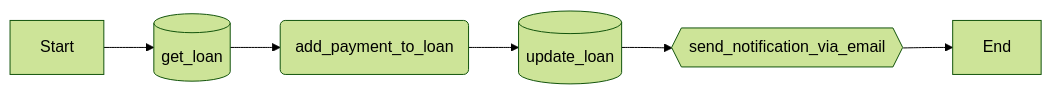
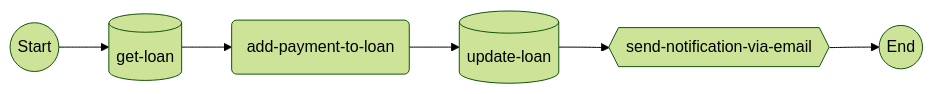
The fifth of 6 diagrams in docs/one-workflow-one-usecase.md (Tomperez98/use-case-registry), drawn with Mermaid (forest theme) before and after one commit. The commit also changed other lines of this file and 16 other files, not shown here.

````diff
--- a/docs/one-workflow-one-usecase.md
+++ b/docs/one-workflow-one-usecase.md
@@ -31,4 +31,4 @@
 ```mermaid
 flowchart LR
-    Start --> id1[(get_loan)] --> id2(add_payment_to_loan) --> id3[(update_loan)] --> id4{{send_notification_via_email}} --> End
+    id0((Start)) --> id1[(get-loan)] --> id2(add-payment-to-loan) --> id3[(update-loan)] --> id4{{send-notification-via-email}} --> id99((End))
 ```
````
